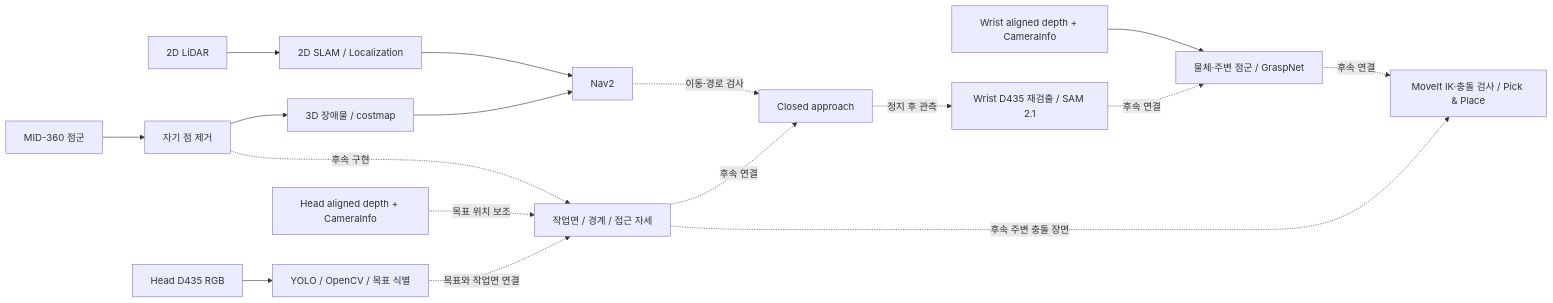
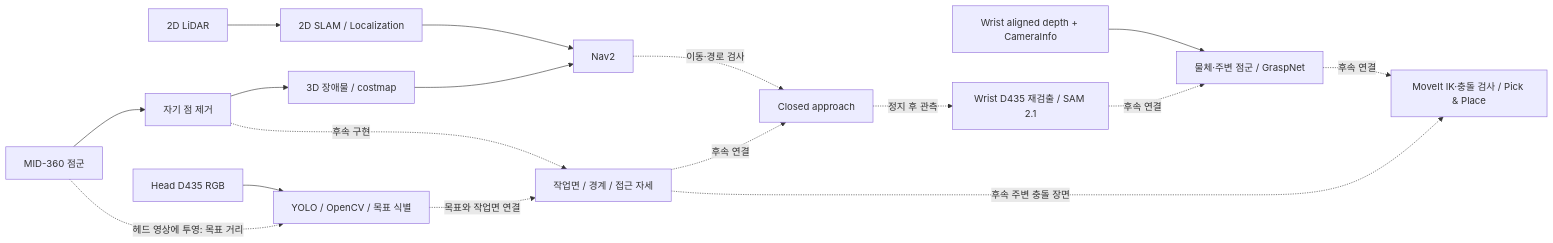
Before and after one commit to kimsh039/INHA-RoboCup-Home-2th-2027: the diagram in SW/README.md, drawn with Mermaid. The commit also changed other lines of this file and 16 other files, not shown here.

````diff
--- a/SW/README.md
+++ b/SW/README.md
@@ -283,19 +283,19 @@
 ```mermaid
 flowchart LR
     SCAN["2D LiDAR"] --> LOC["2D SLAM / Localization"]
     LOC --> NAV["Nav2"]
     L["MID-360 점군"] --> FILTER["자기 점 제거"]
     FILTER --> OBS["3D 장애물 / costmap"]
     OBS --> NAV
     FILTER -. "후속 구현" .-> SURFACE["작업면 / 경계 / 접근 자세"]
     H["Head D435 RGB"] --> Y["YOLO / OpenCV / 목표 식별"]
-    D["Head aligned depth + CameraInfo"] -. "목표 위치 보조" .-> SURFACE
+    L -. "헤드 영상에 투영: 목표 거리" .-> Y
     Y -. "목표와 작업면 연결" .-> SURFACE
     NAV -. "이동·경로 검사" .-> A["Closed approach"]
     SURFACE -. "후속 연결" .-> A
     A -. "정지 후 관측" .-> W["Wrist D435 재검출 / SAM 2.1"]
     WD["Wrist aligned depth + CameraInfo"] --> G["물체·주변 점군 / GraspNet"]
     W -. "후속 연결" .-> G
     G -. "후속 연결" .-> M["MoveIt IK·충돌 검사 / Pick & Place"]
     SURFACE -. "후속 주변 충돌 장면" .-> M
 ```
````
